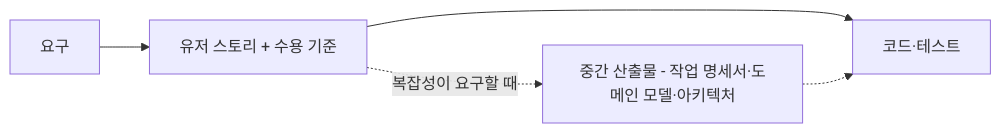
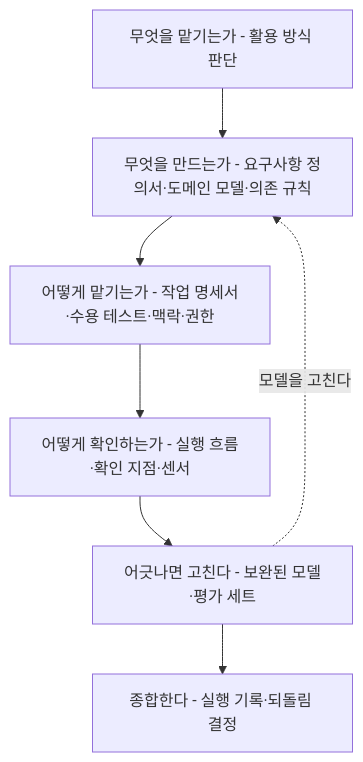
Before and after one commit to YoungSan77/TrainingMaterials: the fifth of 5 diagrams in courses/ai-native/sessions/s01.md, drawn with Mermaid. The commit also changed other lines of this file and 43 other files, not shown here.

````diff
--- a/courses/ai-native/sessions/s01.md
+++ b/courses/ai-native/sessions/s01.md
@@ -419,5 +676,11 @@
 ```mermaid
-flowchart LR
-    R["요구"] --> S["유저 스토리 + 수용 기준"] --> C["코드·테스트"]
-    S -. 복잡성이 요구할 때 .-> X["중간 산출물 - 작업 명세서·도메인 모델·아키텍처"] -.-> C
+flowchart TB
+    A["무엇을 맡기는가 - 활용 방식 판단"]
+    B["무엇을 만드는가 - 요구사항 정의서·도메인 모델·의존 규칙"]
+    C["어떻게 맡기는가 - 작업 명세서·수용 테스트·맥락·권한"]
+    D["어떻게 확인하는가 - 실행 흐름·확인 지점·센서"]
+    E["어긋나면 고친다 - 보완된 모델·평가 세트"]
+    F["종합한다 - 실행 기록·되돌림 결정"]
+    A --> B --> C --> D --> E --> F
+    E -. 모델을 고친다 .-> B
 ```
````
